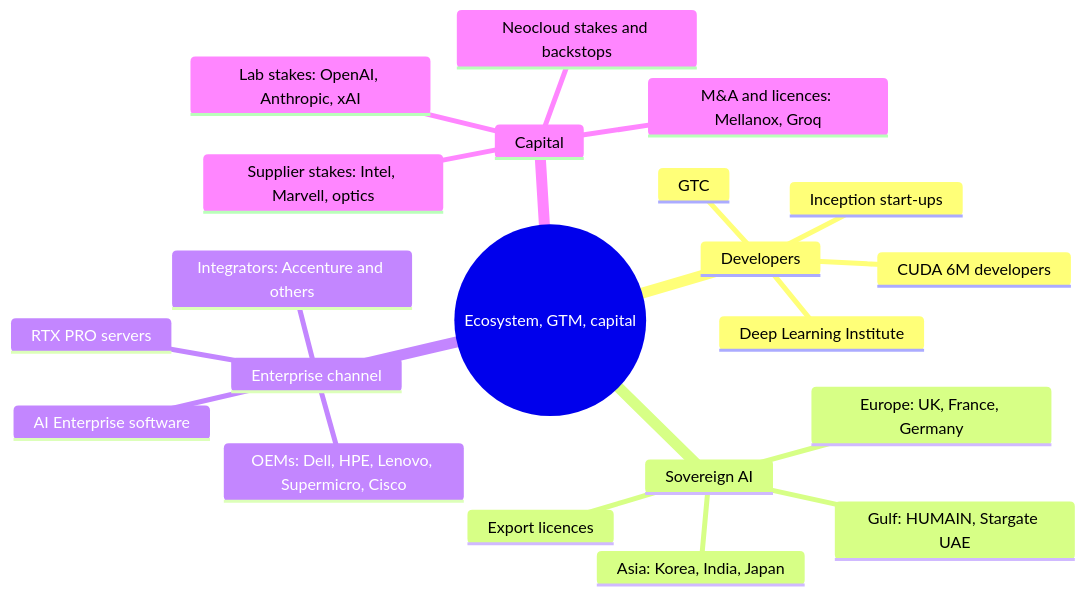
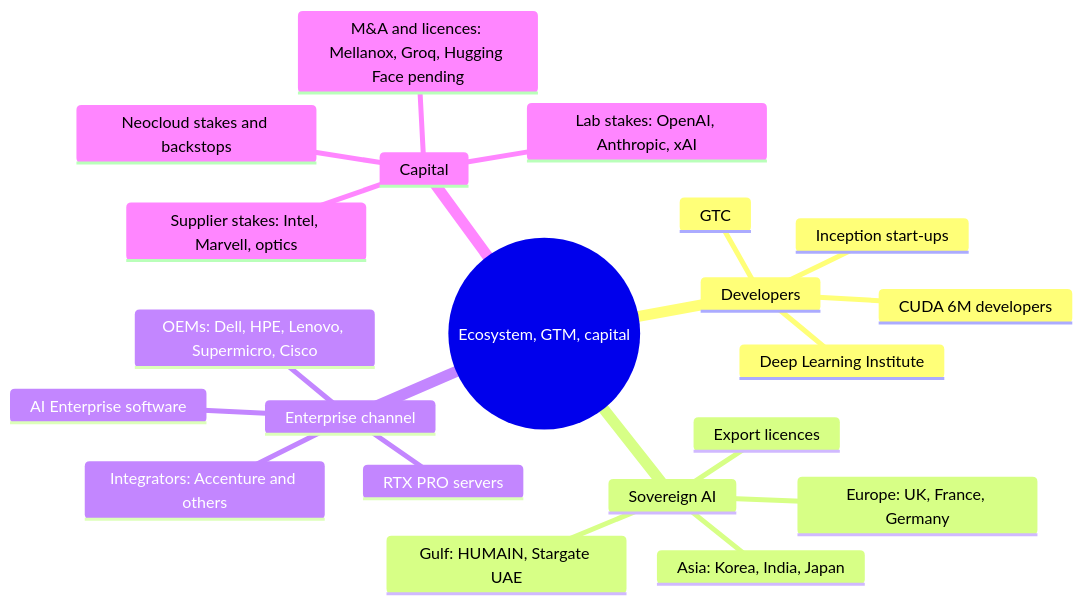
The second of 2 diagrams in layers/13-ecosystem-gtm-and-capital/index.md (FrankHuang94/nvidia_deep_dive_claude), drawn with Mermaid before and after one commit. The commit also changed other lines of this file and 100 other files, not shown here.

````diff
--- a/layers/13-ecosystem-gtm-and-capital/index.md
+++ b/layers/13-ecosystem-gtm-and-capital/index.md
@@ -61,24 +61,24 @@
 ```mermaid
 mindmap
   root((Ecosystem, GTM, capital))
     Developers
       CUDA 6M developers
       GTC
       Deep Learning Institute
       Inception start-ups
     Sovereign AI
       Gulf: HUMAIN, Stargate UAE
       Asia: Korea, India, Japan
       Europe: UK, France, Germany
       Export licences
     Enterprise channel
       OEMs: Dell, HPE, Lenovo, Supermicro, Cisco
       Integrators: Accenture and others
       AI Enterprise software
       RTX PRO servers
     Capital
       Lab stakes: OpenAI, Anthropic, xAI
       Neocloud stakes and backstops
       Supplier stakes: Intel, Marvell, optics
-      M&A and licences: Mellanox, Groq
+      M&A and licences: Mellanox, Groq, Hugging Face pending
 ```
````
